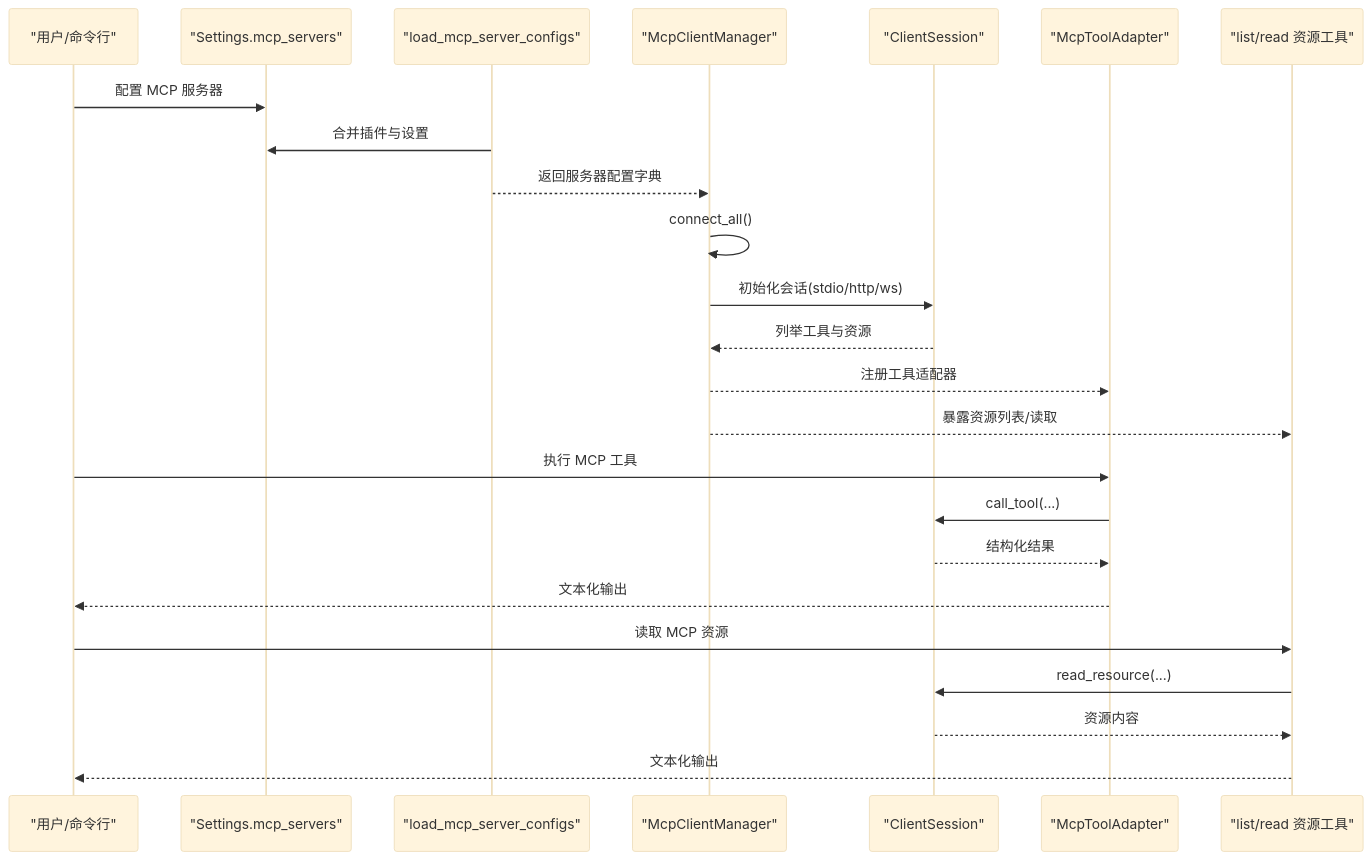
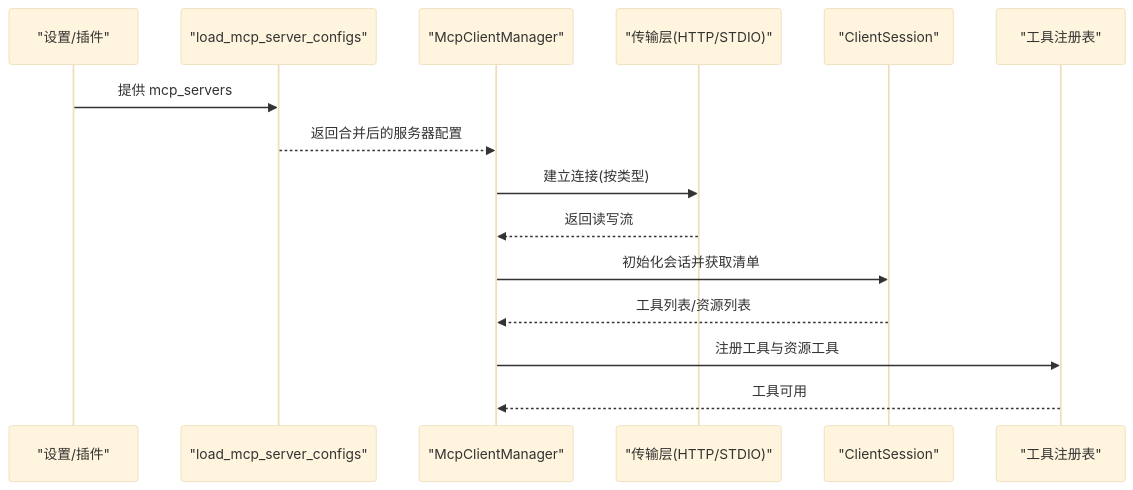
One commit to haolange/OpenHarness changed the second of 8 diagrams in .qoder/repowiki/zh/content/MCP 协议支持/MCP 协议支持.md. Above: the diagram before and after it, drawn with Mermaid (base theme). The commit also changed other lines of this file and 222 other files, not shown here.

````diff
--- a/.qoder/repowiki/zh/content/MCP 协议支持/MCP 协议支持.md
+++ b/.qoder/repowiki/zh/content/MCP 协议支持/MCP 协议支持.md
@@ -135,26 +130,17 @@
 ```mermaid
 sequenceDiagram
-participant User as "用户/命令行"
-participant Settings as "Settings.mcp_servers"
-participant Loader as "load_mcp_server_configs"
+participant Settings as "设置/插件"
+participant Config as "load_mcp_server_configs"
 participant Manager as "McpClientManager"
+participant Transport as "传输层(HTTP/STDIO)"
 participant Session as "ClientSession"
-participant Tools as "McpToolAdapter"
-participant Resources as "list/read 资源工具"
-User->>Settings : 配置 MCP 服务器
-Loader->>Settings : 合并插件与设置
-Loader-->>Manager : 返回服务器配置字典
-Manager->>Manager : connect_all()
-Manager->>Session : 初始化会话(stdio/http/ws)
-Session-->>Manager : 列举工具与资源
-Manager-->>Tools : 注册工具适配器
-Manager-->>Resources : 暴露资源列表/读取
-User->>Tools : 执行 MCP 工具
-Tools->>Session : call_tool(...)
-Session-->>Tools : 结构化结果
-Tools-->>User : 文本化输出
-User->>Resources : 读取 MCP 资源
-Resources->>Session : read_resource(...)
-Session-->>Resources : 资源内容
-Resources-->>User : 文本化输出
+participant Registry as "工具注册表"
+Settings->>Config : 提供 mcp_servers
+Config-->>Manager : 返回合并后的服务器配置
+Manager->>Transport : 建立连接(按类型)
+Transport-->>Manager : 返回读写流
+Manager->>Session : 初始化会话并获取清单
+Session-->>Manager : 工具列表/资源列表
+Manager->>Registry : 注册工具与资源工具
+Registry-->>Manager : 工具可用
 ```
````
